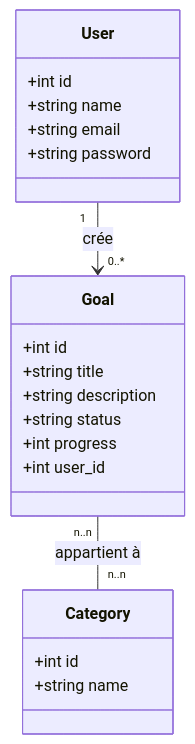
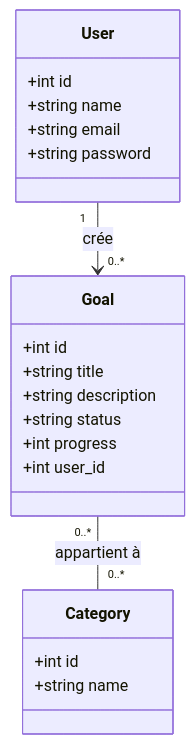
The diagram in README.md (abdelhaymallouli/Goals-Tracker), drawn with Mermaid before and after one commit.

Commit message:
docs: clarify Goal-Category relationship cardinality in README from n..n to 0..*

````diff
--- a/README.md
+++ b/README.md
@@ -81,28 +81,29 @@
 ```mermaid
 classDiagram
     class User {
         +int id
         +string name
         +string email
         +string password
     }
 
     class Goal {
         +int id
         +string title
         +string description
         +string status
         +int progress
         +int user_id
     }
 
     class Category {
         +int id
         +string name
     }
 
 
 
     User "1" --> "0..*" Goal : crée
-    Goal "n..n" -- "n..n" Category : appartient à
+    Goal "0..*" -- "0..*" Category : appartient à
+
 ```
````
